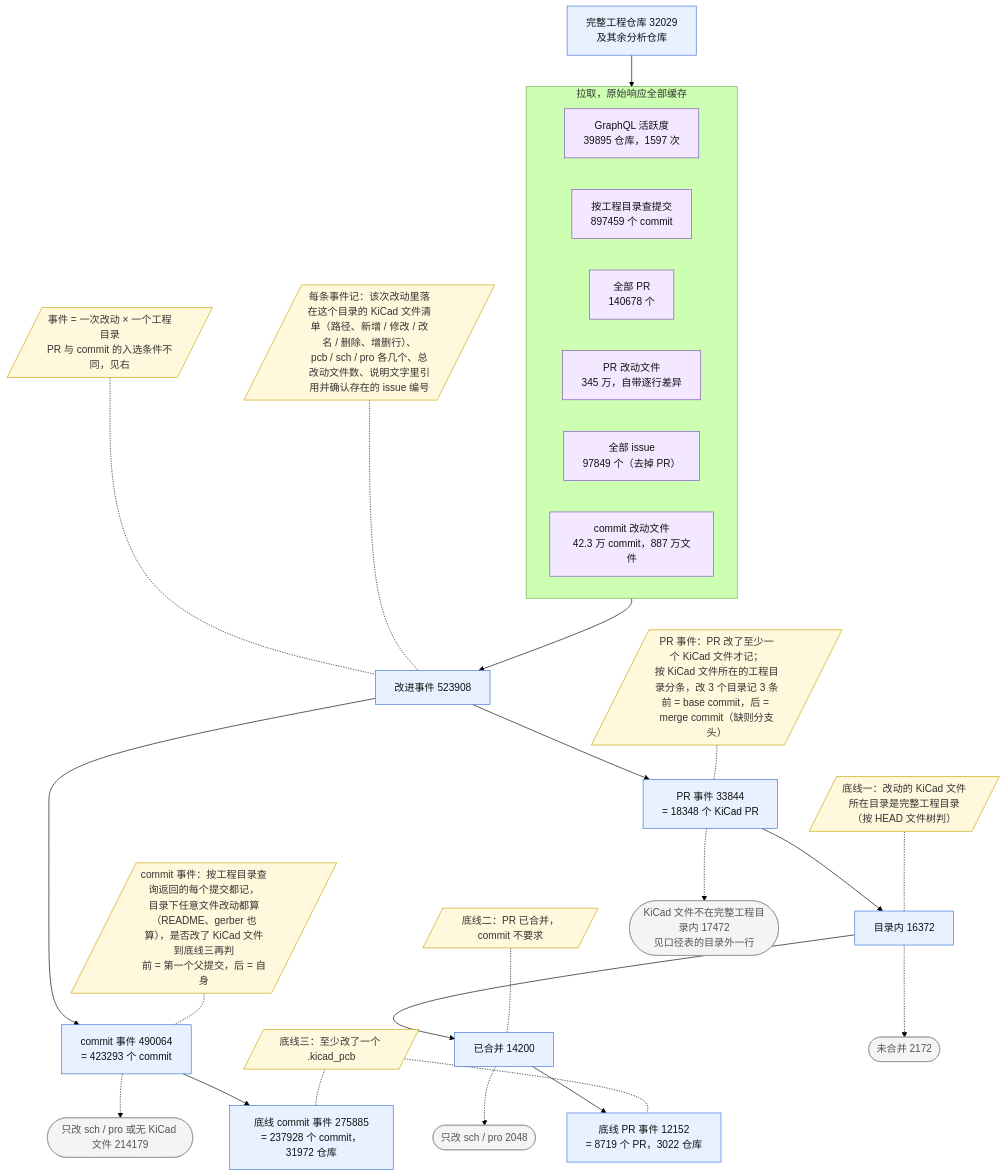
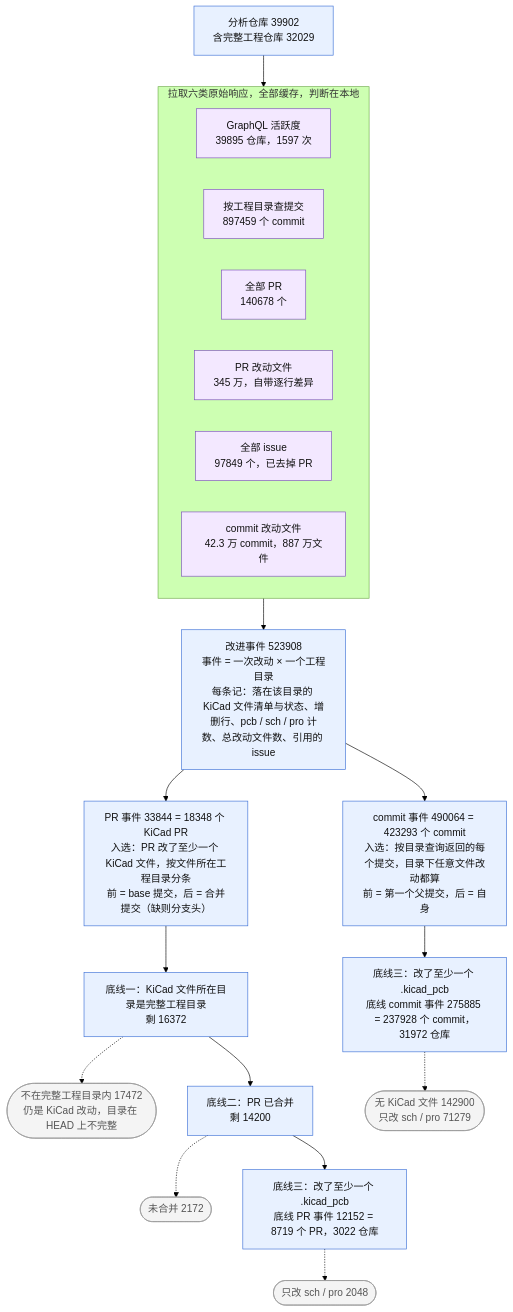
One commit to Xiafyjck/github_kicad_project_scout changed the third of 5 diagrams in reports/progress_report.md. Above: the diagram before and after it, drawn with Mermaid (forest theme). The commit also changed other lines of this file, not shown here.

````diff
--- a/reports/progress_report.md
+++ b/reports/progress_report.md
@@ -184,56 +167,32 @@
 ```mermaid
 flowchart TB
-    classDef note fill:#fff8dc,stroke:#c9a400,color:#333
     classDef exit fill:#f4f4f4,stroke:#999,color:#555
     classDef keep fill:#e8f1ff,stroke:#3b6fd6,color:#111
     classDef src fill:#f3e8ff,stroke:#7c4dbd,color:#111
+    classDef rule fill:#fff8dc,stroke:#c9a400,color:#333
 
-    Q[完整工程仓库 32029<br/>及其余分析仓库]:::keep
-    subgraph H[拉取，原始响应全部缓存]
+    Q[分析仓库 39902<br/>含完整工程仓库 32029]:::keep
+    subgraph H[拉取六类原始响应，全部缓存，判断在本地]
         direction LR
         H0[GraphQL 活跃度<br/>39895 仓库，1597 次]:::src
         H1[按工程目录查提交<br/>897459 个 commit]:::src
         H2[全部 PR<br/>140678 个]:::src
         H3[PR 改动文件<br/>345 万，自带逐行差异]:::src
-        H4[全部 issue<br/>97849 个（去掉 PR）]:::src
+        H4[全部 issue<br/>97849 个，已去掉 PR]:::src
         H5[commit 改动文件<br/>42.3 万 commit，887 万文件]:::src
     end
     Q --> H
+    H --> E[改进事件 523908<br/>事件 = 一次改动 × 一个工程目录<br/>每条记：落在该目录的 KiCad 文件清单与状态、增删行、pcb / sch / pro 计数、总改动文件数、引用的 issue]:::keep
+    E --> P[PR 事件 33844 = 18348 个 KiCad PR<br/>入选：PR 改了至少一个 KiCad 文件，按文件所在工程目录分条<br/>前 = base 提交，后 = 合并提交（缺则分支头）]:::keep
+    E --> M[commit 事件 490064 = 423293 个 commit<br/>入选：按目录查询返回的每个提交，目录下任意文件改动都算<br/>前 = 第一个父提交，后 = 自身]:::keep
 
-    D1[/"事件 = 一次改动 × 一个工程目录<br/>PR 与 commit 的入选条件不同，见右"/]:::note
-    D2[/"PR 事件：PR 改了至少一个 KiCad 文件才记；<br/>按 KiCad 文件所在的工程目录分条，改 3 个目录记 3 条<br/>前 = base commit，后 = merge commit（缺则分支头）"/]:::note
-    D3[/"commit 事件：按工程目录查询返回的每个提交都记，<br/>目录下任意文件改动都算（README、gerber 也算），是否改了 KiCad 文件到底线三再判<br/>前 = 第一个父提交，后 = 自身"/]:::note
-    D4[/"每条事件记：该次改动里落在这个目录的 KiCad 文件清单（路径、新增 / 修改 / 改名 / 删除、增删行）、<br/>pcb / sch / pro 各几个、总改动文件数、说明文字里引用并确认存在的 issue 编号"/]:::note
-    E[改进事件 523908]:::keep
-    H --> E
-    D1 -.- E
-    D4 -.- E
-    P[PR 事件 33844<br/>= 18348 个 KiCad PR]:::keep
-    M[commit 事件 490064<br/>= 423293 个 commit]:::keep
-    E --> P
-    E --> M
-    D2 -.- P
-    D3 -.- M
+    P --> P1[底线一：KiCad 文件所在目录是完整工程目录<br/>剩 16372]:::keep
+    P1 -.-> PX1([不在完整工程目录内 17472<br/>仍是 KiCad 改动，目录在 HEAD 上不完整]):::exit
+    P1 --> P2[底线二：PR 已合并<br/>剩 14200]:::keep
+    P2 -.-> PX2([未合并 2172]):::exit
+    P2 --> P3[底线三：改了至少一个 .kicad_pcb<br/>底线 PR 事件 12152 = 8719 个 PR，3022 仓库]:::keep
+    P3 -.-> PX3([只改 sch / pro 2048]):::exit
 
-    B1[/"底线一：改动的 KiCad 文件所在目录是完整工程目录（按 HEAD 文件树判）"/]:::note
-    B2[/"底线二：PR 已合并，commit 不要求"/]:::note
-    B3[/"底线三：至少改了一个 .kicad_pcb"/]:::note
-    P1[目录内 16372]:::keep
-    P2[已合并 14200]:::keep
-    P3[底线 PR 事件 12152<br/>= 8719 个 PR，3022 仓库]:::keep
-    M3[底线 commit 事件 275885<br/>= 237928 个 commit，31972 仓库]:::keep
-    PX1([KiCad 文件不在完整工程目录内 17472<br/>见口径表的目录外一行]):::exit
-    PX2([未合并 2172]):::exit
-    PX3([只改 sch / pro 2048]):::exit
-    MX3([只改 sch / pro 或无 KiCad 文件 214179]):::exit
-    P --> P1 --> P2 --> P3
-    P -.-> PX1
-    P1 -.-> PX2
-    P2 -.-> PX3
-    M --> M3
-    M -.-> MX3
-    B1 -.- P1
-    B2 -.- P2
-    B3 -.- P3
-    B3 -.- M3
+    M --> M3[底线三：改了至少一个 .kicad_pcb<br/>底线 commit 事件 275885 = 237928 个 commit，31972 仓库]:::keep
+    M3 -.-> MX3([无 KiCad 文件 142900<br/>只改 sch / pro 71279]):::exit
 ```
````
